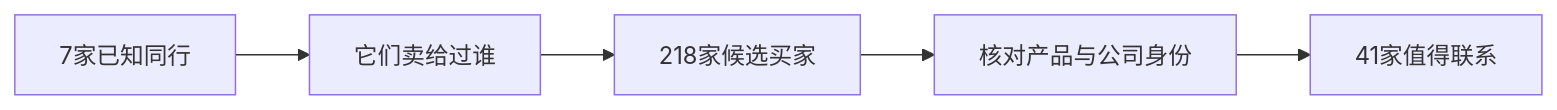
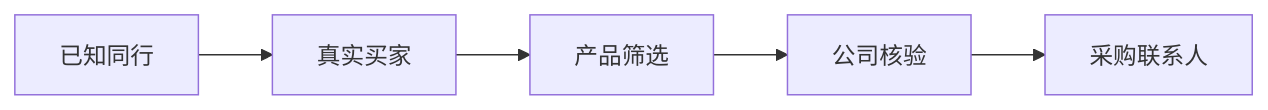
Before and after one commit to raychen-sjtu/waimao-zhaoke: the diagram in README.md, drawn with Mermaid. The commit also changed other lines of this file, not shown here.

````diff
--- a/README.md
+++ b/README.md
@@ -11,7 +9,7 @@
 ```mermaid
 flowchart LR
-    A["7家已知同行"] --> B["它们卖给过谁"]
-    B --> C["218家候选买家"]
-    C --> D["核对产品与公司身份"]
-    D --> E["41家值得联系"]
+    A["已知同行"] --> B["真实买家"]
+    B --> C["产品筛选"]
+    C --> D["公司核验"]
+    D --> E["采购联系人"]
 ```
````
